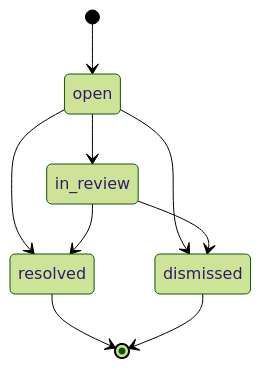
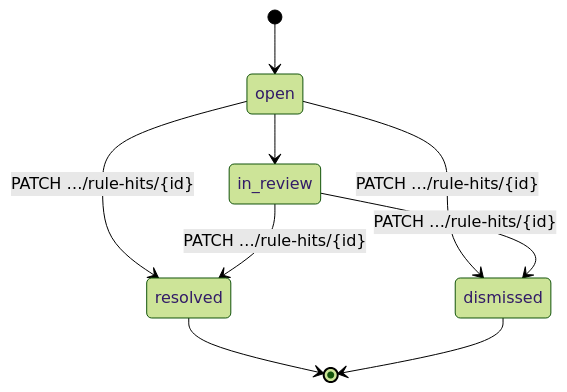
Before and after one commit to mdavila-2001/mantra-core-health-api: the second of 17 diagrams in docs/inventario/flujos/graph_intelligence.md, drawn with Mermaid (forest theme). The commit also changed 9 other files, not shown here.

````diff
--- a/docs/inventario/flujos/graph_intelligence.md
+++ b/docs/inventario/flujos/graph_intelligence.md
@@ -279,11 +279,11 @@
 ```mermaid
 stateDiagram-v2
   [*] --> open
   open --> in_review
-  open --> resolved
-  open --> dismissed
-  in_review --> resolved
-  in_review --> dismissed
+  open --> resolved : PATCH …/rule-hits/{id}
+  open --> dismissed : PATCH …/rule-hits/{id}
+  in_review --> resolved : PATCH …/rule-hits/{id}
+  in_review --> dismissed : PATCH …/rule-hits/{id}
   resolved --> [*]
   dismissed --> [*]
 ```
````
